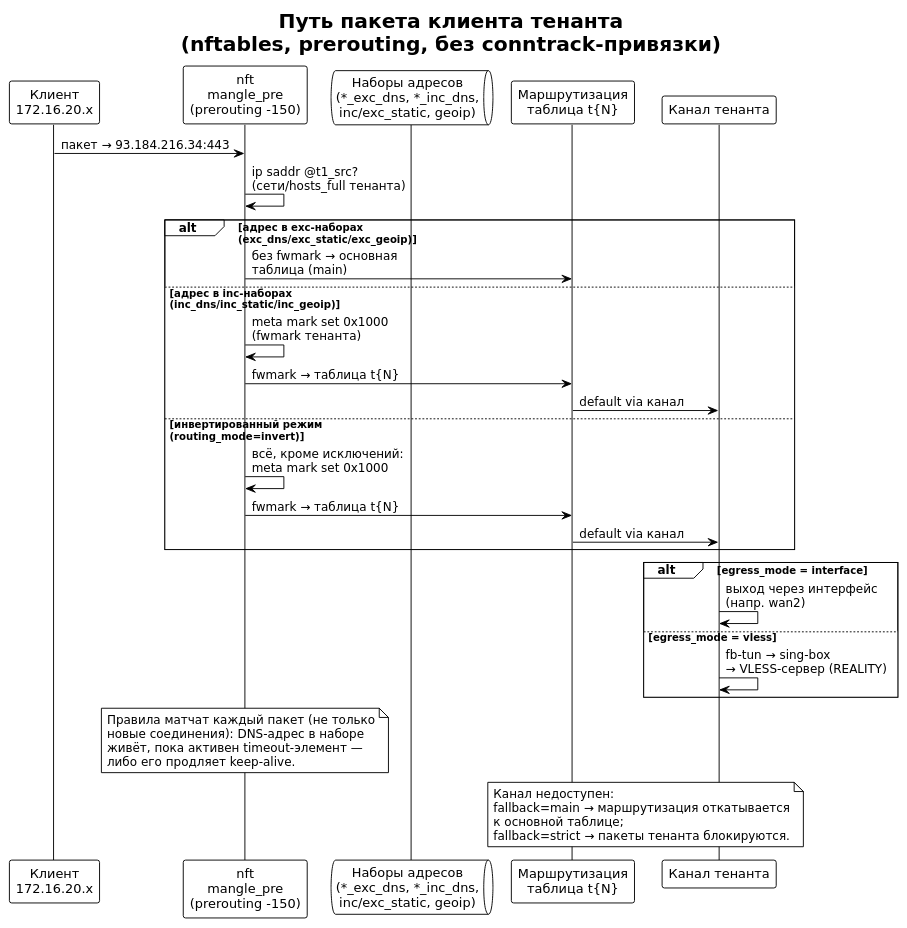
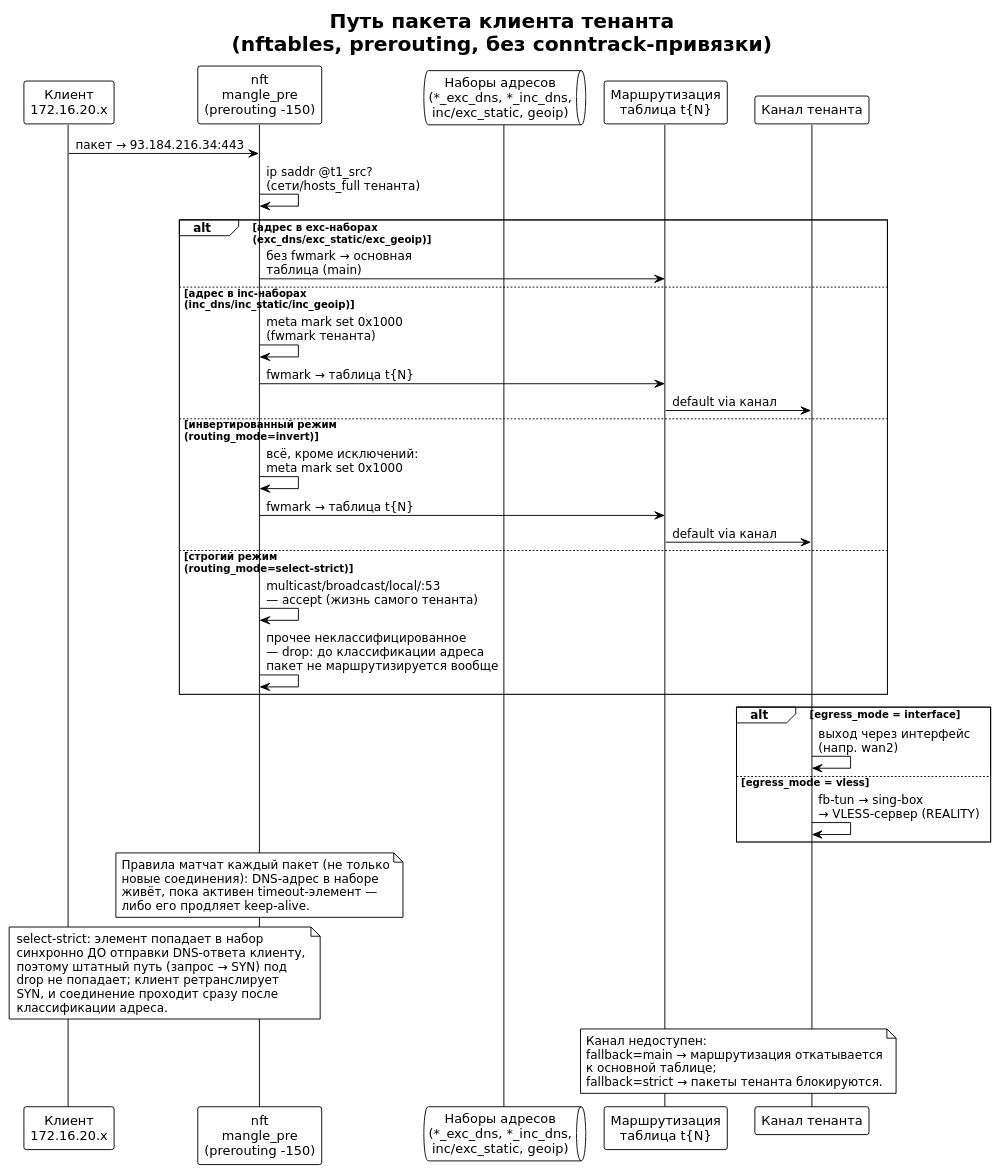
Before and after one commit to leidruid/fencebreaker: the diagram in docs/diagrams/packet-flow.puml, drawn with PlantUML. The commit also changed 17 other files, not shown here.

```diff
--- a/docs/diagrams/packet-flow.puml
+++ b/docs/diagrams/packet-flow.puml
@@ -1,45 +1,56 @@
 @startuml packet-flow
 !theme plain
 skinparam defaultFontName DejaVu Sans
 skinparam shadowing false
 title Путь пакета клиента тенанта\n(nftables, prerouting, без conntrack-привязки)
 
 participant "Клиент\n172.16.20.x" as client
 participant "nft\nmangle_pre\n(prerouting -150)" as pre
 queue "Наборы адресов\n(*_exc_dns, *_inc_dns,\ninc/exc_static, geoip)" as sets
 participant "Маршрутизация\nтаблица t{N}" as route
 participant "Канал тенанта" as egress
 
 client -> pre : пакет → 93.184.216.34:443
 pre -> pre : ip saddr @t1_src?\n(сети/hosts_full тенанта)
 alt адрес в exc-наборах\n(exc_dns/exc_static/exc_geoip)
   pre -> route : без fwmark → основная\nтаблица (main)
 else адрес в inc-наборах\n(inc_dns/inc_static/inc_geoip)
   pre -> pre : meta mark set 0x1000\n(fwmark тенанта)
   pre -> route : fwmark → таблица t{N}
   route -> egress : default via канал
 else инвертированный режим\n(routing_mode=invert)
   pre -> pre : всё, кроме исключений:\nmeta mark set 0x1000
   pre -> route : fwmark → таблица t{N}
   route -> egress : default via канал
+else строгий режим\n(routing_mode=select-strict)
+  pre -> pre : multicast/broadcast/local/:53\n— accept (жизнь самого тенанта)
+  pre -> pre : прочее неклассифицированное\n— drop: до классификации адреса\nпакет не маршрутизируется вообще
 end
 
 alt egress_mode = interface
   egress -> egress : выход через интерфейс\n(напр. wan2)
 else egress_mode = vless
   egress -> egress : fb-tun → sing-box\n→ VLESS-сервер (REALITY)
 end
 
 note over pre
   Правила матчат каждый пакет (не только
   новые соединения): DNS-адрес в наборе
   живёт, пока активен timeout-элемент —
   либо его продляет keep-alive.
 end note
+note over pre, client
+  select-strict: элемент попадает в набор
+  синхронно ДО отправки DNS-ответа клиенту,
+  поэтому штатный путь (запрос → SYN) под
+  drop не попадает; клиент ретранслирует
+  SYN, и соединение проходит сразу после
+  классификации адреса.
+end note
 note over route, egress
   Канал недоступен:
   fallback=main → маршрутизация откатывается
   к основной таблице;
   fallback=strict → пакеты тенанта блокируются.
 end note
 @enduml
```
